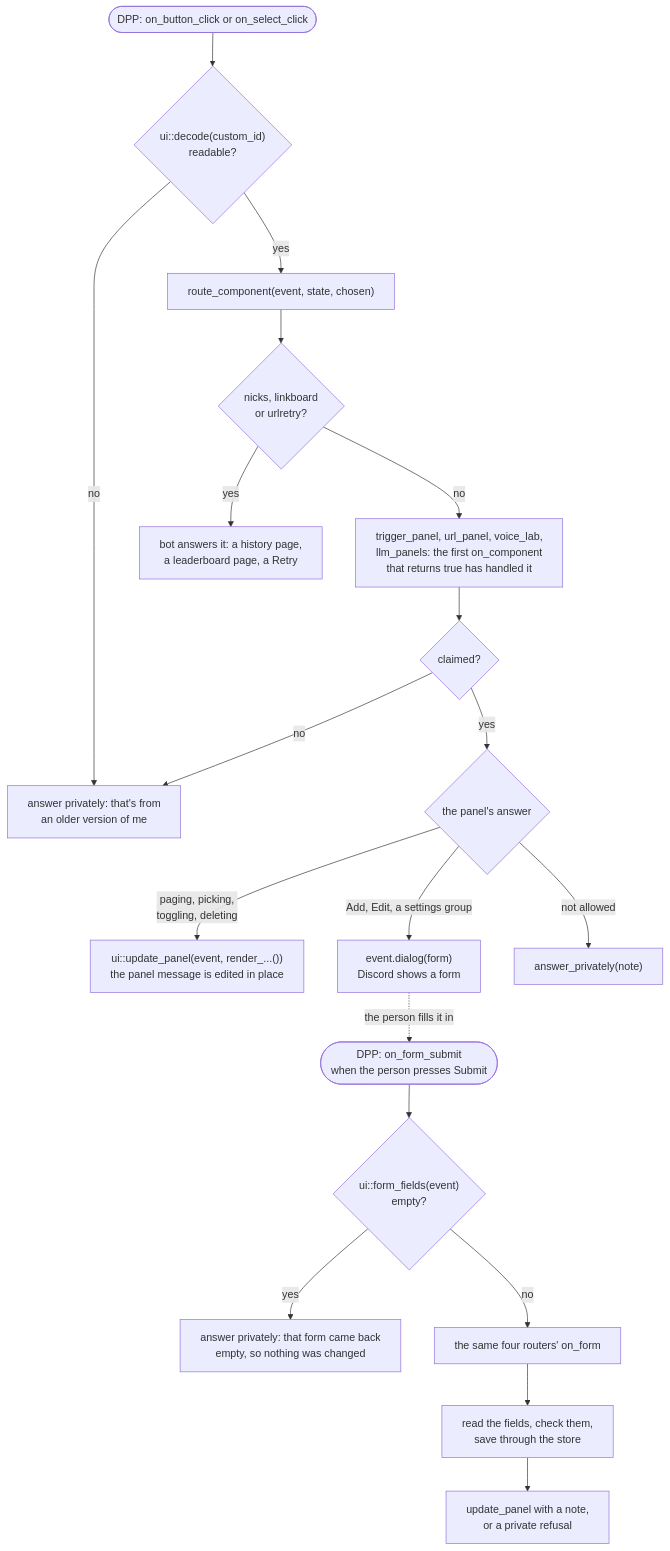
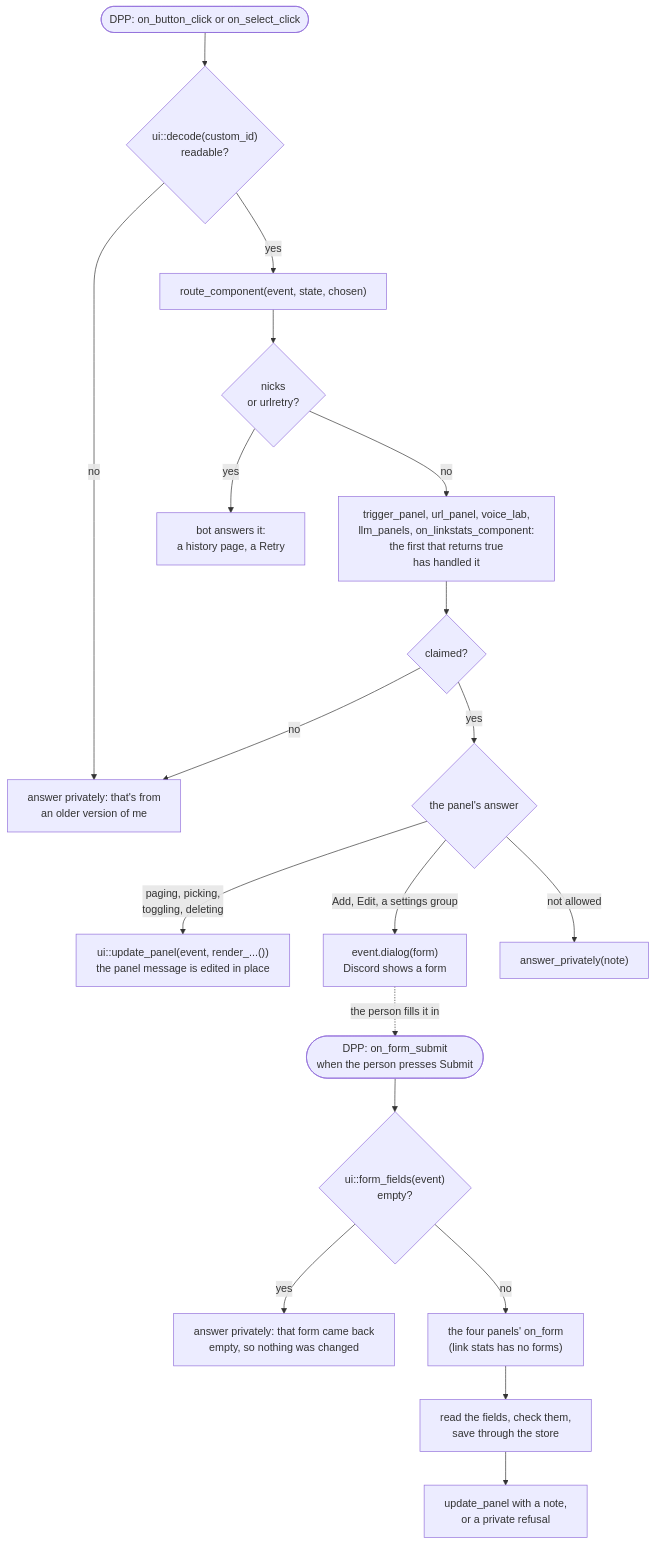
Before and after one commit to mhorn00/LatiBot-cpp: the tenth of 14 diagrams in docs/architecture/Execution_Flow.md, drawn with Mermaid. The commit also changed 21 other files, not shown here.

````diff
--- a/docs/architecture/Execution_Flow.md
+++ b/docs/architecture/Execution_Flow.md
@@ -547,42 +547,42 @@
 ```mermaid
 ---
 config:
   flowchart:
     wrappingWidth: 320
 ---
 flowchart TB
     press(["DPP: on_button_click or on_select_click"])
     decode{"ui::decode(custom_id)<br/>readable?"}
     stale["answer privately: that's from<br/>an older version of me"]
     route["route_component(event, state, chosen)"]
-    builtin{"nicks, linkboard<br/>or urlretry?"}
-    own["bot answers it: a history page,<br/>a leaderboard page, a Retry"]
-    chain["trigger_panel, url_panel, voice_lab,<br/>llm_panels: the first on_component<br/>that returns true has handled it"]
+    builtin{"nicks<br/>or urlretry?"}
+    own["bot answers it:<br/>a history page, a Retry"]
+    chain["trigger_panel, url_panel, voice_lab,<br/>llm_panels, on_linkstats_component:<br/>the first that returns true<br/>has handled it"]
     claimed{"claimed?"}
     answer{"the panel's answer"}
     update["ui::update_panel(event, render_...())<br/>the panel message is edited in place"]
     modal["event.dialog(form)<br/>Discord shows a form"]
     private["answer_privately(note)"]
 
     submit(["DPP: on_form_submit<br/>when the person presses Submit"])
     empty{"ui::form_fields(event)<br/>empty?"}
     refuse["answer privately: that form came back<br/>empty, so nothing was changed"]
-    fchain["the same four routers' on_form"]
+    fchain["the four panels' on_form<br/>(link stats has no forms)"]
     apply["read the fields, check them,<br/>save through the store"]
     result["update_panel with a note,<br/>or a private refusal"]
 
     press --> decode
     decode -- no --> stale
     decode -- yes --> route --> builtin
     builtin -- yes --> own
     builtin -- no --> chain --> claimed
     claimed -- no --> stale
     claimed -- yes --> answer
     answer -- "paging, picking,<br/>toggling, deleting" --> update
     answer -- "Add, Edit, a settings group" --> modal
     answer -- "not allowed" --> private
     modal -. "the person fills it in" .-> submit
     submit --> empty
     empty -- yes --> refuse
     empty -- no --> fchain --> apply --> result
 ```
````
